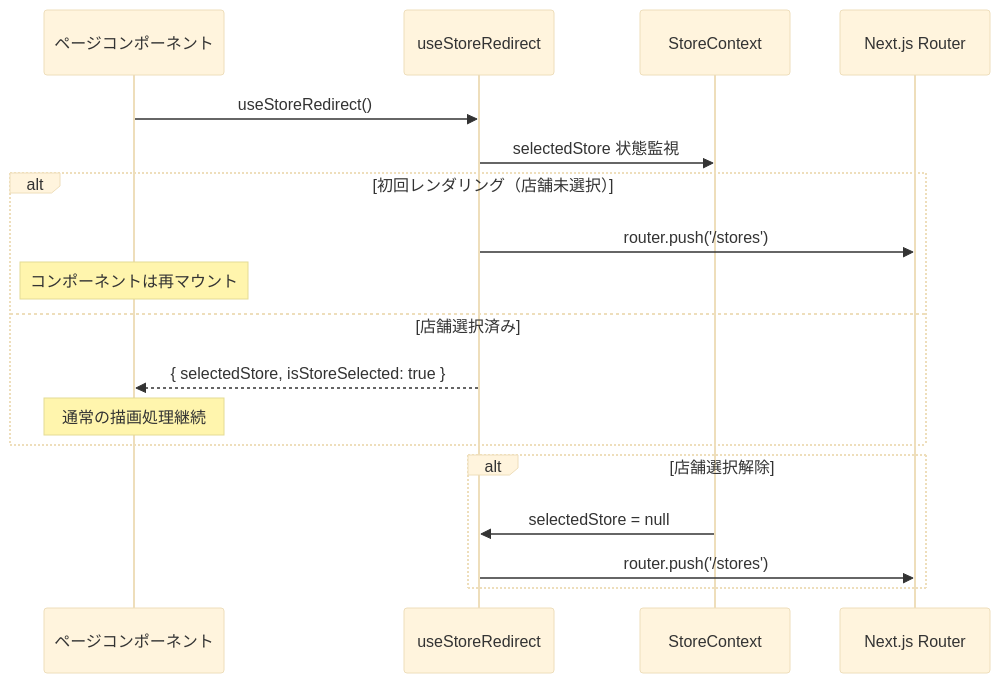
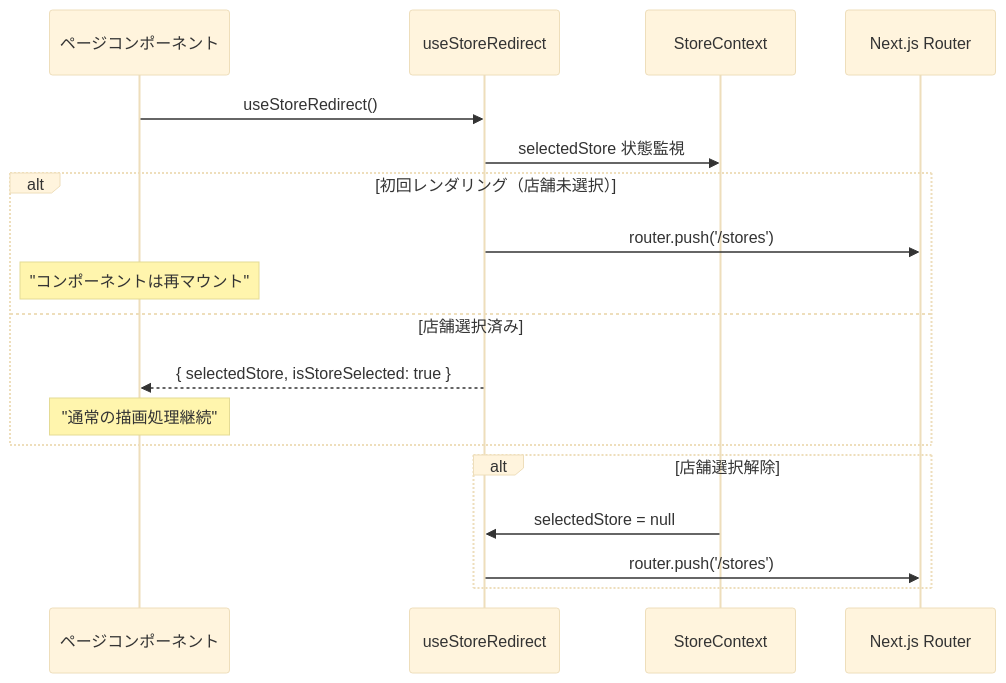
One commit to wasabi49/ocs-systemDevelopmentExercises changed the sixth of 6 diagrams in document/hooks/sequence/useStoreRedirect.md. Above: the diagram before and after it, drawn with Mermaid (base theme). The commit also changed other lines of this file and 42 other files, not shown here.

First line of the commit message:
fix: mermaidシーケンス図のNote over文でダブルクォーテーション不足を修正

````diff
--- a/document/hooks/sequence/useStoreRedirect.md
+++ b/document/hooks/sequence/useStoreRedirect.md
@@ -112,23 +112,23 @@
 ```mermaid
 sequenceDiagram
     participant Page as ページコンポーネント
     participant Hook as useStoreRedirect
     participant StoreContext as StoreContext
     participant Router as Next.js Router
 
     Page->>Hook: useStoreRedirect()
     Hook->>StoreContext: selectedStore 状態監視
     
     alt 初回レンダリング（店舗未選択）
         Hook->>Router: router.push('/stores')
-        Note over Page: コンポーネントは再マウント
+        Note over Page: "コンポーネントは再マウント"
     else 店舗選択済み
         Hook-->>Page: { selectedStore, isStoreSelected: true }
-        Note over Page: 通常の描画処理継続
+        Note over Page: "通常の描画処理継続"
     end
     
     alt 店舗選択解除
         StoreContext->>Hook: selectedStore = null
         Hook->>Router: router.push('/stores')
     end
 ```
````
